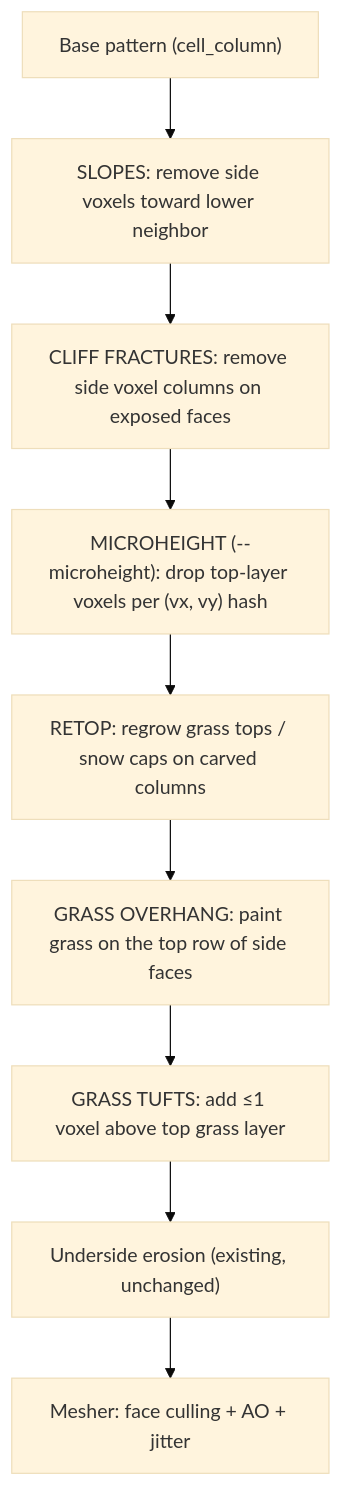
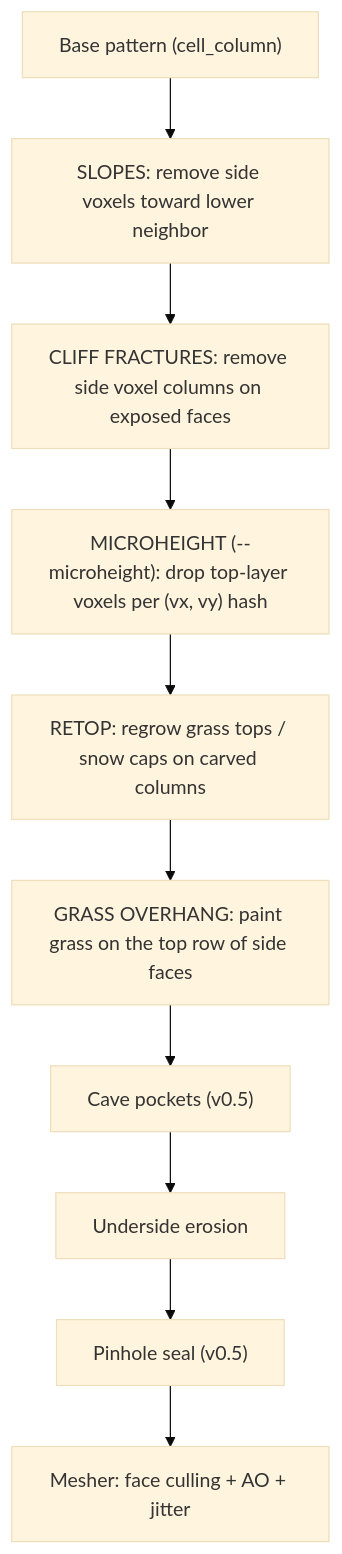
Before and after one commit to rimvydasb/mlo-demo: the diagram in docs/rendering.md, drawn with Mermaid (base theme). The commit also changed other lines of this file and 43 other files, not shown here.

````diff
--- a/docs/rendering.md
+++ b/docs/rendering.md
@@ -229,11 +250,12 @@
 ```mermaid
 flowchart TD
     Base["Base pattern (cell_column)"] --> Slope["SLOPES: remove side voxels toward lower neighbor"]
     Slope --> Cliff["CLIFF FRACTURES: remove side voxel columns on exposed faces"]
     Cliff --> Micro["MICROHEIGHT (--microheight): drop top-layer voxels per (vx, vy) hash"]
     Micro --> Retop["RETOP: regrow grass tops / snow caps on carved columns"]
     Retop --> Overhang["GRASS OVERHANG: paint grass on the top row of side faces"]
-    Overhang --> Tufts["GRASS TUFTS: add ≤1 voxel above top grass layer"]
-    Tufts --> Erode["Underside erosion (existing, unchanged)"]
-    Erode --> Mesher["Mesher: face culling + AO + jitter"]
+    Overhang --> Caves["Cave pockets (v0.5)"]
+    Caves --> Erode["Underside erosion"]
+    Erode --> Seal["Pinhole seal (v0.5)"]
+    Seal --> Mesher["Mesher: face culling + AO + jitter"]
 ```
````
